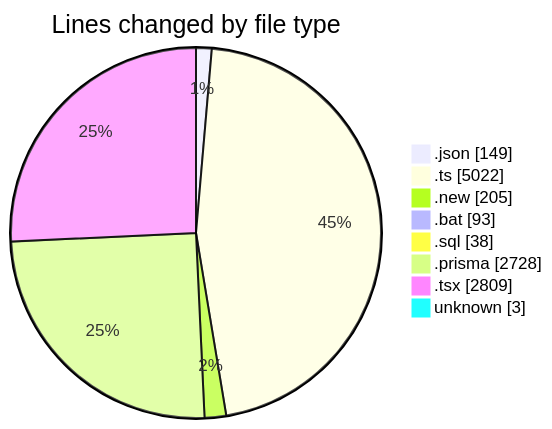
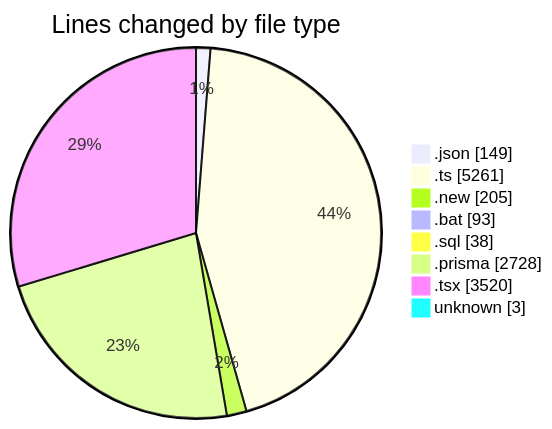
One commit to CELIANVF/code-tracking changed the first of 2 diagrams in 2025-05-20/ecodeli-1/README.md. Above: the diagram before and after it, drawn with Mermaid. The commit also changed other lines of this file and 1 other file, not shown here.

````diff
--- a/2025-05-20/ecodeli-1/README.md
+++ b/2025-05-20/ecodeli-1/README.md
@@ -60,12 +66,12 @@
 ```mermaid
 pie showData
 title Lines changed by file type
 ".json" : 149
-".ts" : 5022
+".ts" : 5261
 ".new" : 205
 ".bat" : 93
 ".sql" : 38
 ".prisma" : 2728
-".tsx" : 2809
+".tsx" : 3520
 "unknown" : 3
 ```
````
